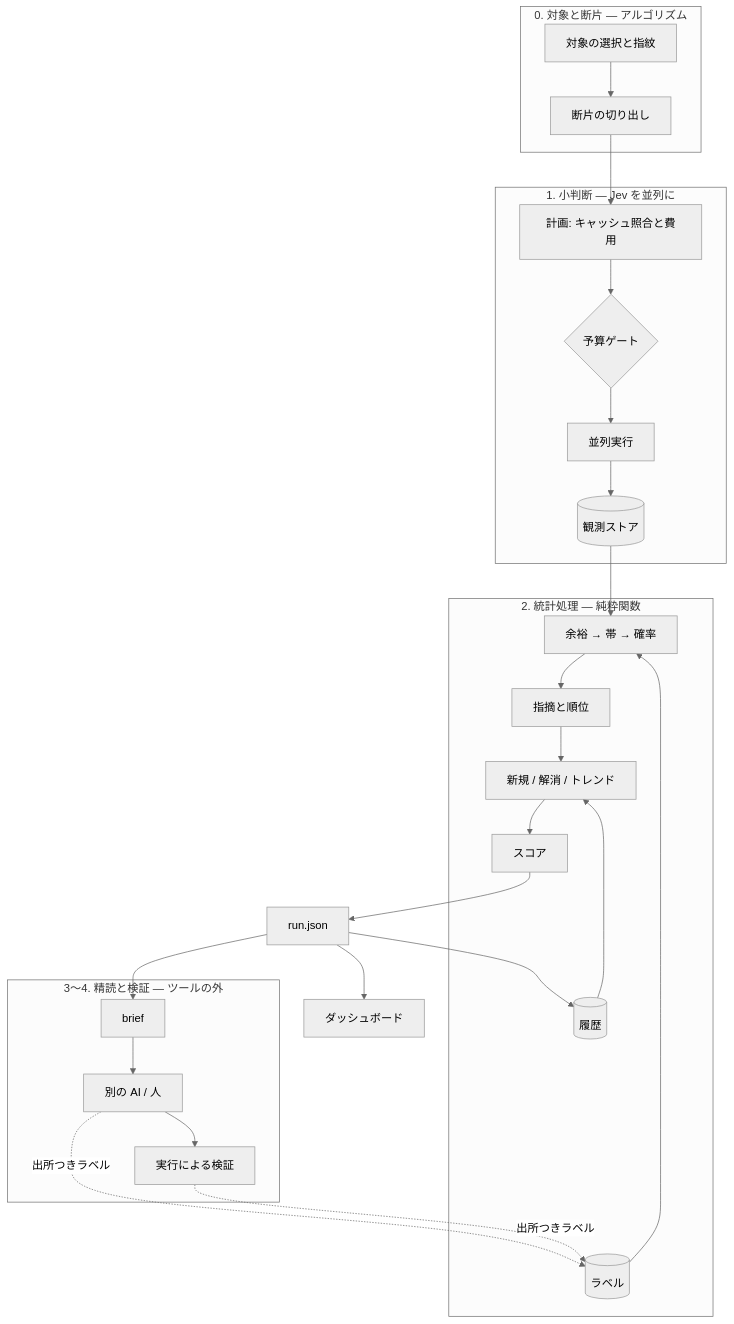
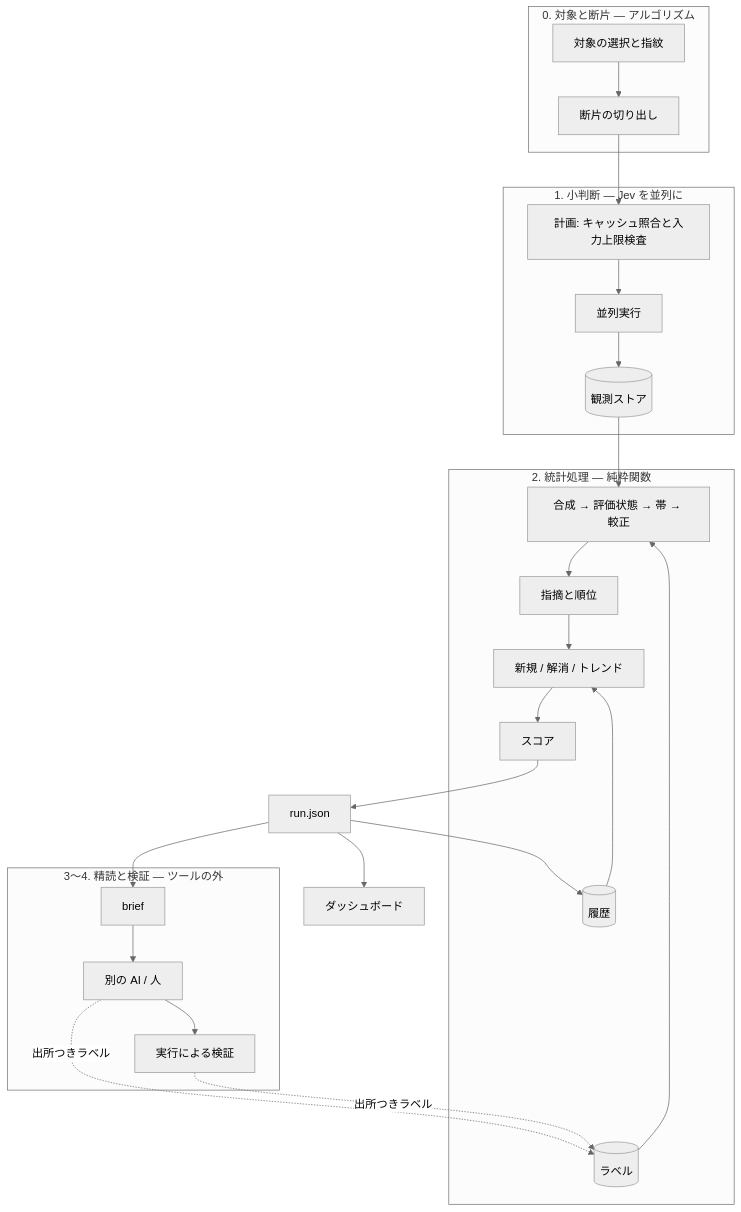
The diagram in DESIGN.md (shm11C3/jev-checkup), drawn with Mermaid (neutral theme) before and after one commit. The commit also changed other lines of this file and 30 other files, not shown here.

````diff
--- a/DESIGN.md
+++ b/DESIGN.md
@@ -40,30 +40,29 @@
 ```mermaid
 flowchart TB
   subgraph s0["0. 対象と断片 — アルゴリズム"]
     SEL["対象の選択と指紋"] --> SLICE["断片の切り出し"]
   end
   subgraph s1["1. 小判断 — Jev を並列に"]
-    SLICE --> PLAN["計画: キャッシュ照合と費用"]
-    PLAN --> GATE{"予算ゲート"}
-    GATE --> RUNNER["並列実行"]
+    SLICE --> PLAN["計画: キャッシュ照合と入力上限検査"]
+    PLAN --> RUNNER["並列実行"]
     RUNNER --> STORE[("観測ストア")]
   end
   subgraph s2["2. 統計処理 — 純粋関数"]
-    STORE --> CAL["余裕 → 帯 → 確率"]
+    STORE --> CAL["合成 → 評価状態 → 帯 → 較正"]
     LABELS[("ラベル")] --> CAL
     CAL --> FIND["指摘と順位"]
     HIST[("履歴")] --> DIFF["新規 / 解消 / トレンド"]
     FIND --> DIFF
     DIFF --> SCORE["スコア"]
   end
   SCORE --> RUN["run.json"]
   RUN --> HIST
   RUN --> DASH["ダッシュボード"]
   RUN --> BRIEF["brief"]
   subgraph s3["3〜4. 精読と検証 — ツールの外"]
     BRIEF --> READER["別の AI / 人"]
     READER --> EXEC["実行による検証"]
   end
   READER -. "出所つきラベル" .-> LABELS
   EXEC -. "出所つきラベル" .-> LABELS
 ```
````
